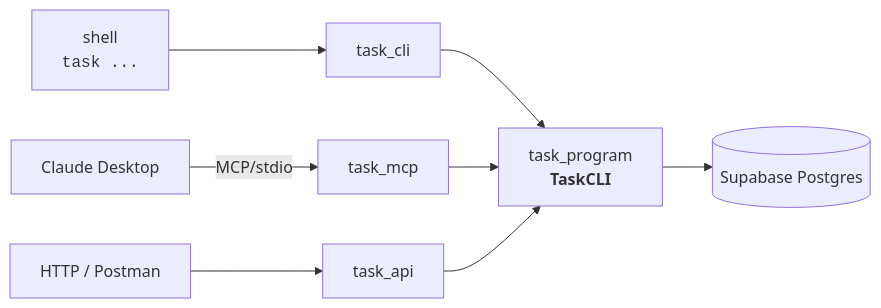
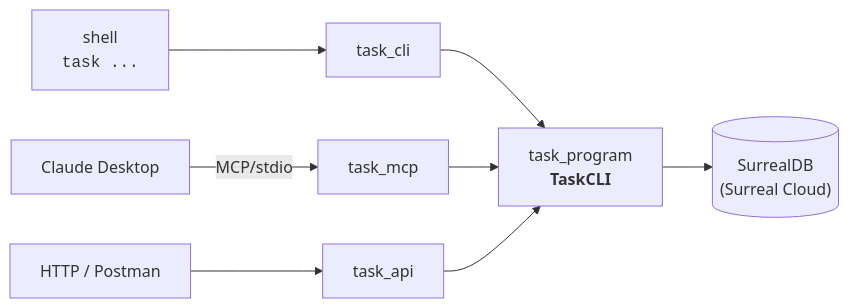
One commit to Coolmogo/task-mcp-cli-tool changed the first of 2 diagrams in README.md. Above: the diagram before and after it, drawn with Mermaid. The commit also changed other lines of this file and 16 other files, not shown here.

````diff
--- a/README.md
+++ b/README.md
@@ -20,10 +20,10 @@
 ```mermaid
 flowchart LR
     shell["shell<br/><code>task ...</code>"] --> cli["task_cli"]
     claude["Claude Desktop"] -- MCP/stdio --> mcp["task_mcp"]
     http["HTTP / Postman"] --> rest["task_api"]
     cli --> api["task_program<br/><b>TaskCLI</b>"]
     mcp --> api
     rest --> api
-    api --> supabase[("Supabase Postgres")]
+    api --> surreal[("SurrealDB<br/>(Surreal Cloud)")]
 ```
````
